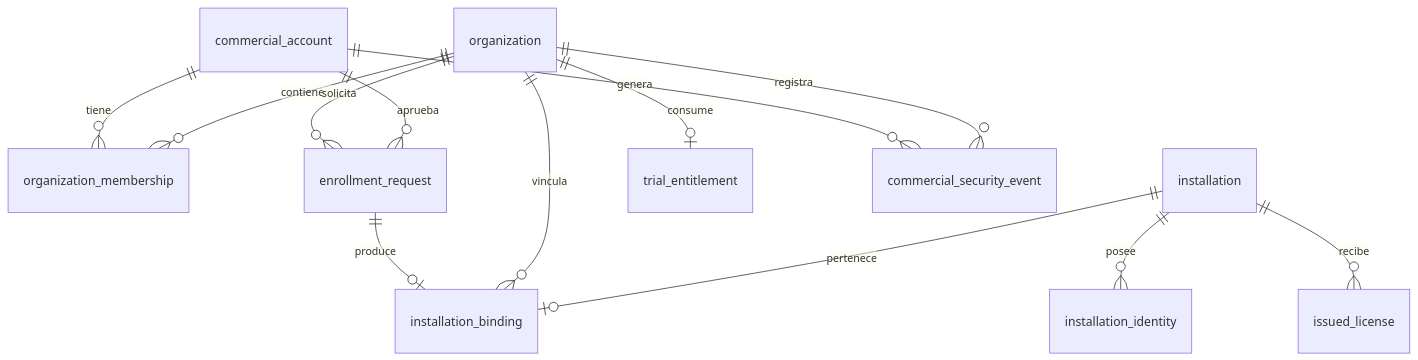
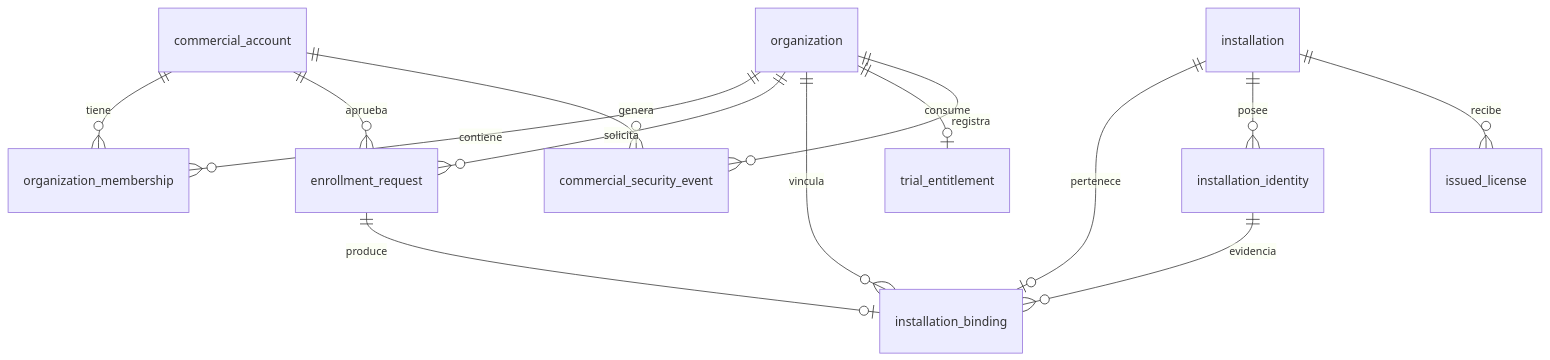
The diagram in docs/01-architecture/g42-data-model.md (HiQNet-Dev/hiqnet-platform), drawn with Mermaid before and after one commit. The commit also changed other lines of this file and 7 other files, not shown here.

First line of the commit message:
docs(architecture): cerrar hallazgos de identidad y enrolamiento G4.2-A

````diff
--- a/docs/01-architecture/g42-data-model.md
+++ b/docs/01-architecture/g42-data-model.md
@@ -45,15 +45,16 @@
 ```mermaid
 erDiagram
     commercial_account ||--o{ organization_membership : tiene
     organization ||--o{ organization_membership : contiene
     organization ||--o{ enrollment_request : solicita
     commercial_account ||--o{ enrollment_request : aprueba
     enrollment_request ||--o| installation_binding : produce
     organization ||--o{ installation_binding : vincula
     installation ||--o| installation_binding : pertenece
     installation ||--o{ installation_identity : posee
+    installation_identity ||--o{ installation_binding : evidencia
     organization ||--o| trial_entitlement : consume
     installation ||--o{ issued_license : recibe
     commercial_account ||--o{ commercial_security_event : genera
     organization ||--o{ commercial_security_event : registra
 ```
````
